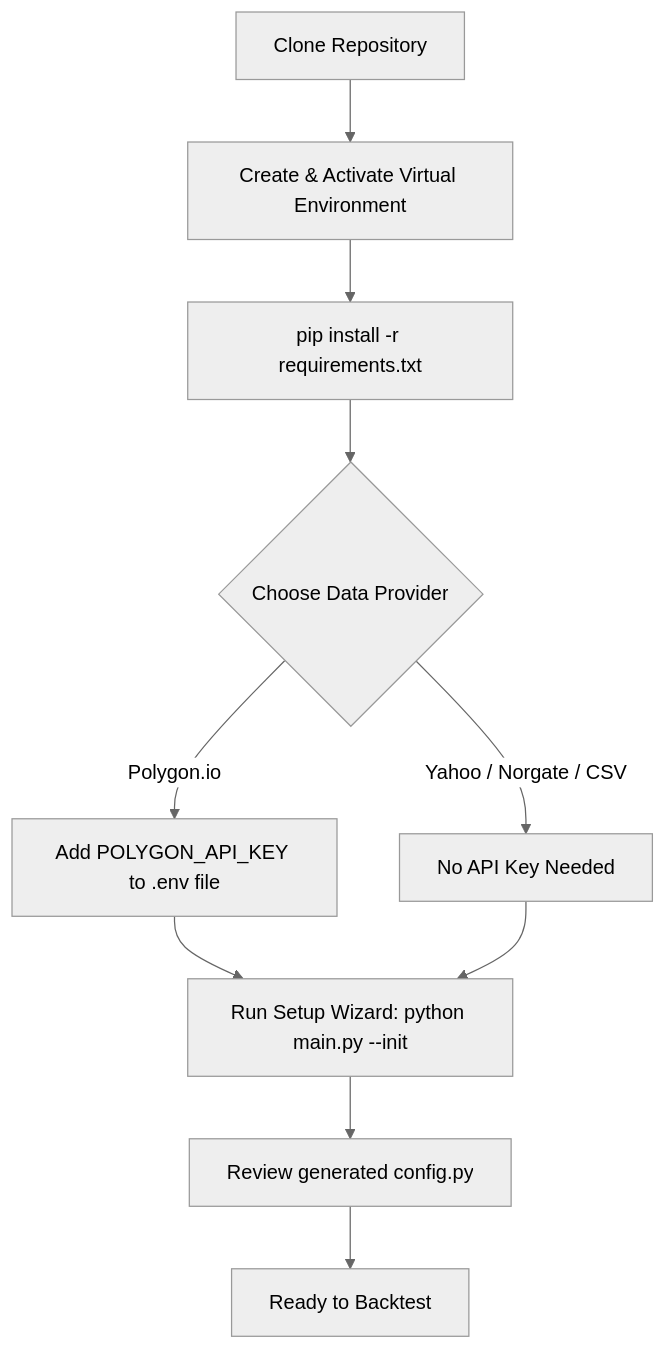
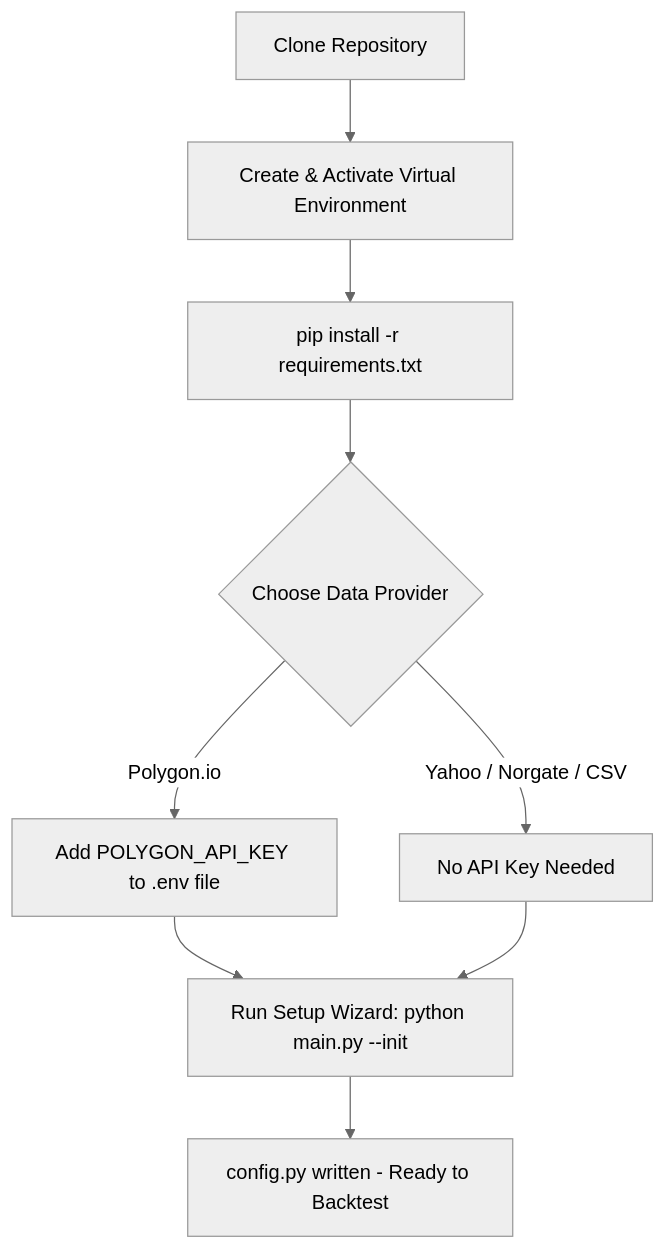
The first of 3 diagrams in README.md (zachisit/july-backtester), drawn with Mermaid before and after one commit. The commit also changed other lines of this file and 2 other files, not shown here.

First line of the commit message:
fix(init-wizard): write directly to config.py and patch in-place when it exists

````diff
--- a/README.md
+++ b/README.md
@@ -39,13 +39,12 @@
 ```mermaid
 %%{init: {'theme': 'neutral'}}%%
 graph TD
     A[Clone Repository] --> B[Create & Activate Virtual Environment]
     B --> C[pip install -r requirements.txt]
     C --> D{Choose Data Provider}
     D -->|Polygon.io| E[Add POLYGON_API_KEY to .env file]
     D -->|Yahoo / Norgate / CSV| F[No API Key Needed]
     E --> G[Run Setup Wizard: python main.py --init]
     F --> G
-    G --> H[Review generated config.py]
-    H --> I[Ready to Backtest]
+    G --> H[config.py written - Ready to Backtest]
 ```
````
